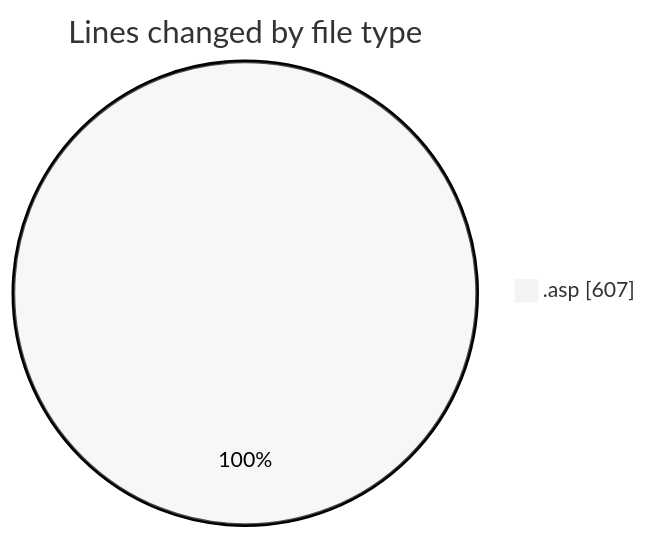
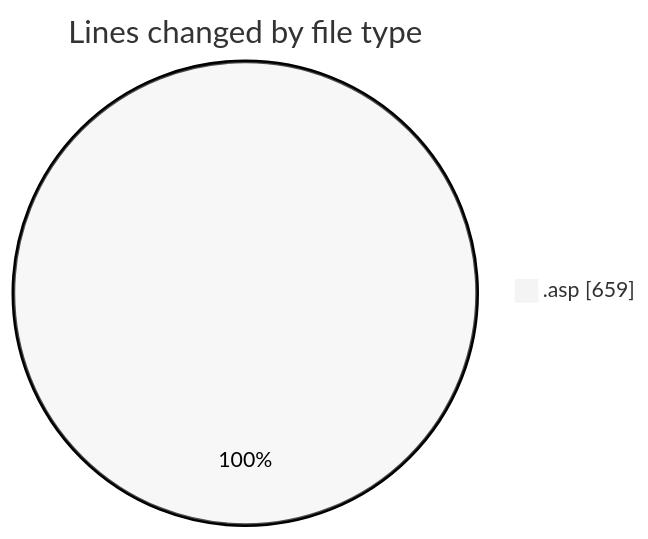
Before and after one commit to julien-gomy/code-tracking: the first of 2 diagrams in 2025-10-15/cdp_aleoudev_fr__workspace_/README.md, drawn with Mermaid (neutral theme). The commit also changed other lines of this file and 1 other file, not shown here.

````diff
--- a/2025-10-15/cdp_aleoudev_fr__workspace_/README.md
+++ b/2025-10-15/cdp_aleoudev_fr__workspace_/README.md
@@ -20,5 +21,5 @@
 ```mermaid
 pie showData
 title Lines changed by file type
-".asp" : 607
+".asp" : 659
 ```
````
